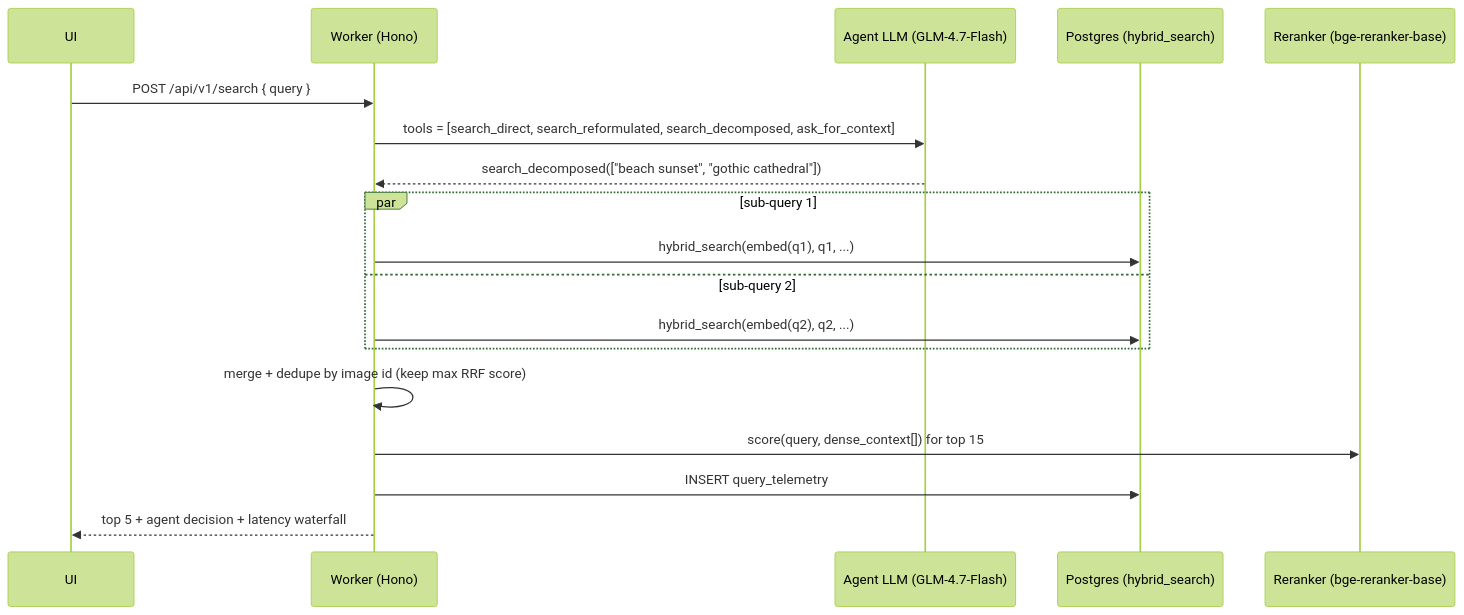
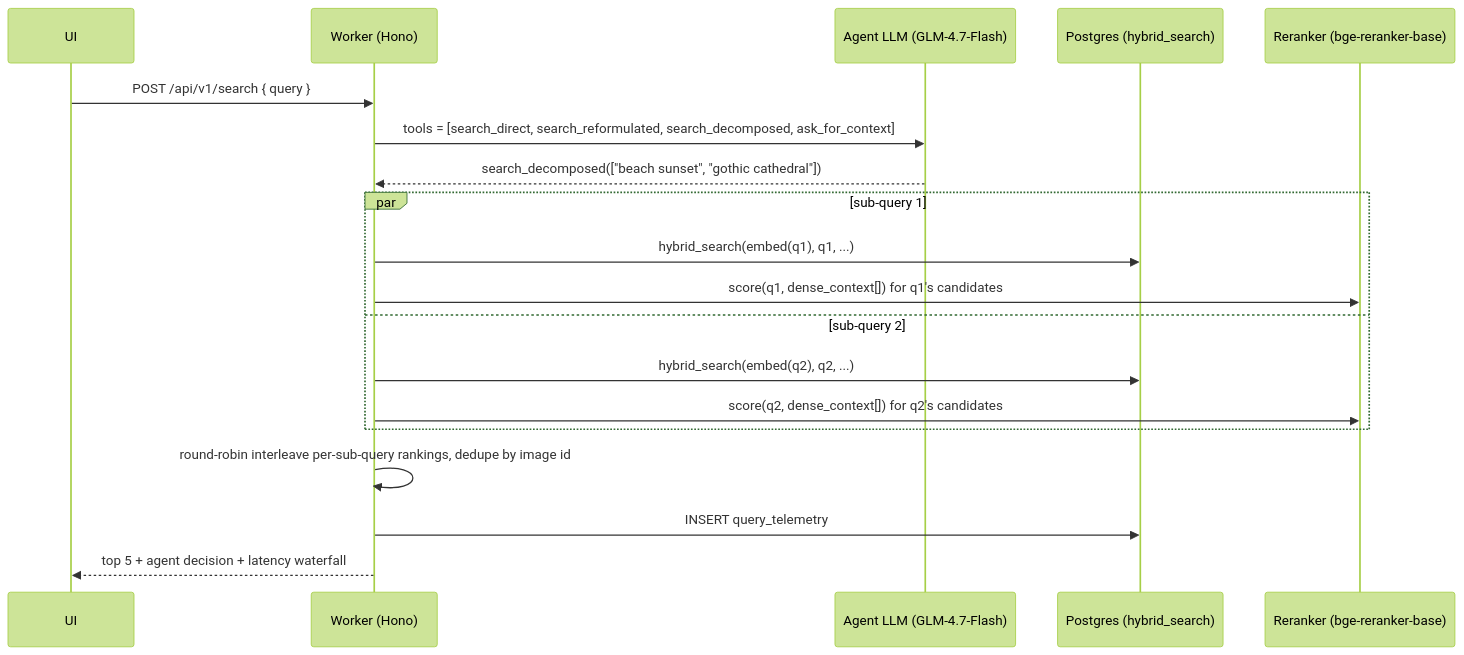
One commit to supermaty01/picsearch-pro changed the second of 2 diagrams in docs/02-architecture.md. Above: the diagram before and after it, drawn with Mermaid (forest theme). The commit also changed other lines of this file and 6 other files, not shown here.

First line of the commit message:
fix(api): rank each sub-query's best match in the decomposed route (FR-7, FR-9)

````diff
--- a/docs/02-architecture.md
+++ b/docs/02-architecture.md
@@ -64,21 +64,22 @@
 ```mermaid
 sequenceDiagram
     participant U as UI
     participant W as Worker (Hono)
     participant A as Agent LLM (GLM-4.7-Flash)
     participant P as Postgres (hybrid_search)
     participant R as Reranker (bge-reranker-base)
 
     U->>W: POST /api/v1/search { query }
     W->>A: tools = [search_direct, search_reformulated, search_decomposed, ask_for_context]
     A-->>W: search_decomposed(["beach sunset", "gothic cathedral"])
     par sub-query 1
         W->>P: hybrid_search(embed(q1), q1, ...)
+        W->>R: score(q1, dense_context[]) for q1's candidates
     and sub-query 2
         W->>P: hybrid_search(embed(q2), q2, ...)
+        W->>R: score(q2, dense_context[]) for q2's candidates
     end
-    W->>W: merge + dedupe by image id (keep max RRF score)
-    W->>R: score(query, dense_context[]) for top 15
+    W->>W: round-robin interleave per-sub-query rankings, dedupe by image id
     W->>P: INSERT query_telemetry
     W-->>U: top 5 + agent decision + latency waterfall
 ```
````
